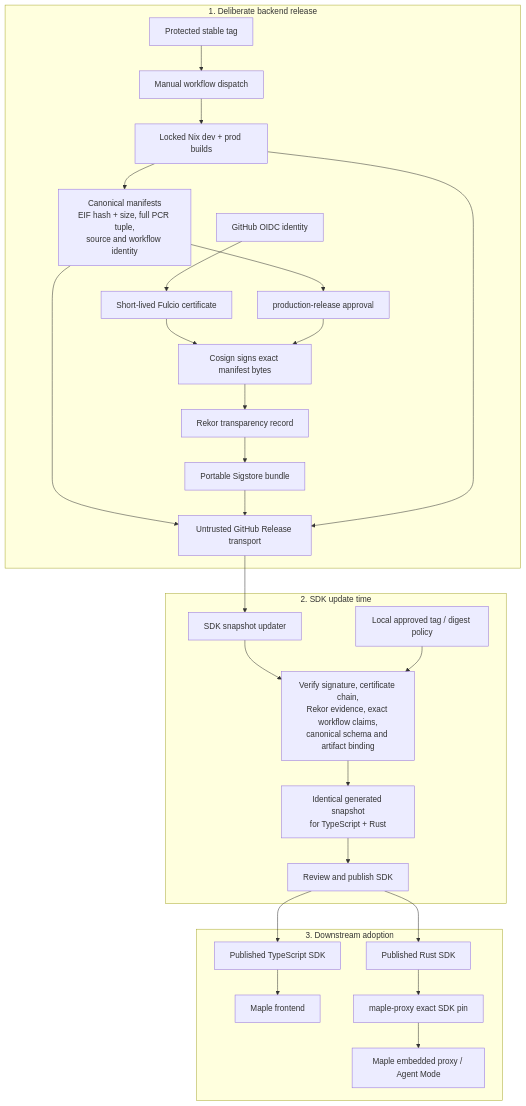
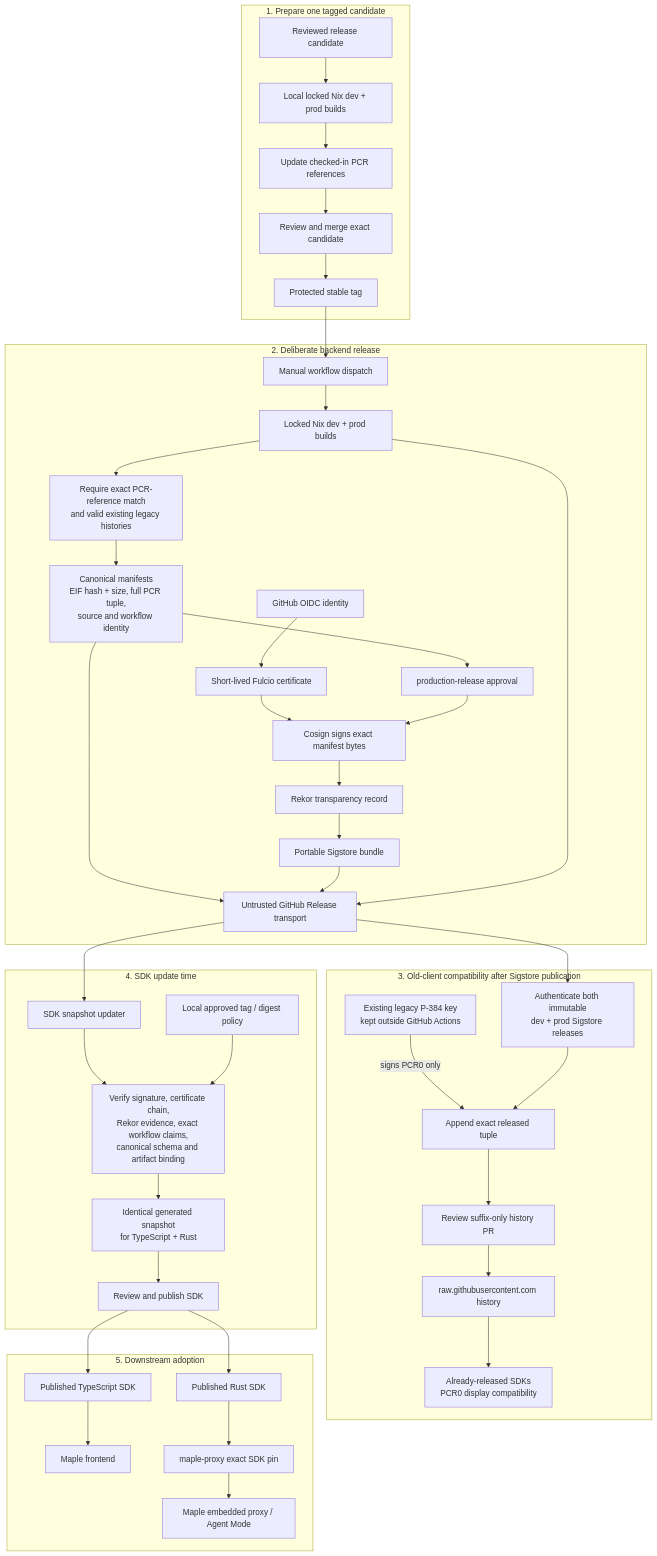
One commit to OpenSecretCloud/opensecret changed the second of 4 diagrams in docs/PCR_VERIFICATION.md. Above: the diagram before and after it, drawn with Mermaid. The commit also changed other lines of this file and 9 other files, not shown here.

Commit message:
Preserve legacy PCR publication during Sigstore rollout

````diff
--- a/docs/PCR_VERIFICATION.md
+++ b/docs/PCR_VERIFICATION.md
@@ -90,33 +103,50 @@
 ```mermaid
 flowchart TB
-    subgraph release["1. Deliberate backend release"]
-        tag["Protected stable tag"] --> dispatch["Manual workflow dispatch"]
+    subgraph prepare["1. Prepare one tagged candidate"]
+        candidate["Reviewed release candidate"] --> localNix["Local locked Nix dev + prod builds"]
+        localNix --> refs["Update checked-in PCR references"]
+        refs --> merge["Review and merge exact candidate"]
+        merge --> tag["Protected stable tag"]
+    end
+
+    subgraph release["2. Deliberate backend release"]
+        tag --> dispatch["Manual workflow dispatch"]
         dispatch --> nix["Locked Nix dev + prod builds"]
-        nix --> manifest["Canonical manifests<br/>EIF hash + size, full PCR tuple,<br/>source and workflow identity"]
+        nix --> equality["Require exact PCR-reference match<br/>and valid existing legacy histories"]
+        equality --> manifest["Canonical manifests<br/>EIF hash + size, full PCR tuple,<br/>source and workflow identity"]
         manifest --> approval["production-release approval"]
         oidc["GitHub OIDC identity"] --> fulcio["Short-lived Fulcio certificate"]
         fulcio --> sign["Cosign signs exact manifest bytes"]
         approval --> sign
         sign --> rekor["Rekor transparency record"]
         rekor --> bundle["Portable Sigstore bundle"]
         manifest --> publish["Untrusted GitHub Release transport"]
         bundle --> publish
         nix --> publish
     end
 
-    subgraph update["2. SDK update time"]
+    subgraph bridge["3. Old-client compatibility after Sigstore publication"]
+        publish --> authenticate["Authenticate both immutable<br/>dev + prod Sigstore releases"]
+        oldKey["Existing legacy P-384 key<br/>kept outside GitHub Actions"] -->|"signs PCR0 only"| append["Append exact released tuple"]
+        authenticate --> append
+        append --> bridgeMerge["Review suffix-only history PR"]
+        bridgeMerge --> raw["raw.githubusercontent.com history"]
+        raw --> oldClients["Already-released SDKs<br/>PCR0 display compatibility"]
+    end
+
+    subgraph update["4. SDK update time"]
         publish --> updater["SDK snapshot updater"]
         updater --> verify["Verify signature, certificate chain,<br/>Rekor evidence, exact workflow claims,<br/>canonical schema and artifact binding"]
         policy["Local approved tag / digest policy"] --> verify
         verify --> snapshot["Identical generated snapshot<br/>for TypeScript + Rust"]
         snapshot --> review["Review and publish SDK"]
     end
 
-    subgraph downstream["3. Downstream adoption"]
+    subgraph downstream["5. Downstream adoption"]
         review --> ts["Published TypeScript SDK"]
         ts --> mapleFrontend["Maple frontend"]
         review --> rust["Published Rust SDK"]
         rust --> proxy["maple-proxy exact SDK pin"]
         proxy --> mapleAgent["Maple embedded proxy / Agent Mode"]
     end
 ```
````
